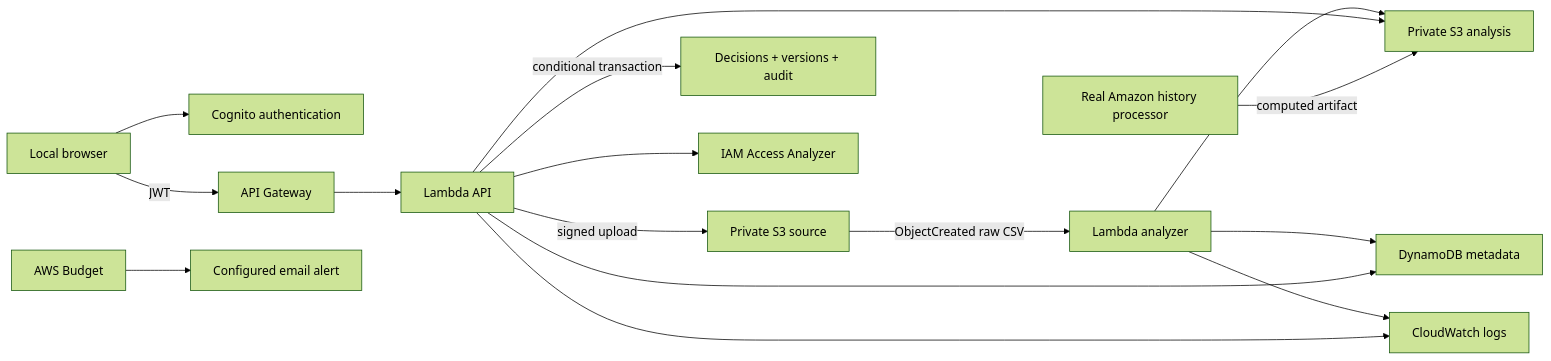
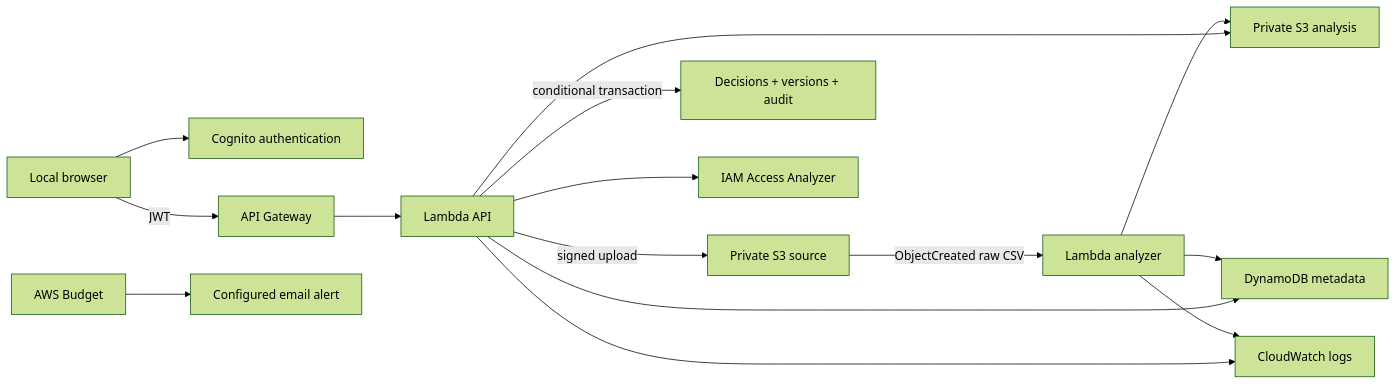
One commit to Ansh-bit948/AWS-project changed the diagram in docs/ARCHITECTURE.md. Above: the diagram before and after it, drawn with Mermaid (forest theme). The commit also changed other lines of this file and 37 other files, not shown here.

````diff
--- a/docs/ARCHITECTURE.md
+++ b/docs/ARCHITECTURE.md
@@ -3,18 +3,17 @@
 ```mermaid
 flowchart LR
   Browser[Local browser] --> Cognito[Cognito authentication]
   Browser -->|JWT| Gateway[API Gateway]
   Gateway --> API[Lambda API]
   API -->|signed upload| Raw[Private S3 source]
   Raw -->|ObjectCreated raw CSV| Worker[Lambda analyzer]
   Worker --> Artifact[Private S3 analysis]
   Worker --> Meta[DynamoDB metadata]
   API --> Meta
   API --> Artifact
   API -->|conditional transaction| Version[Decisions + versions + audit]
-  Offline[Real Amazon history processor] -->|computed artifact| Artifact
   API --> Validator[IAM Access Analyzer]
   Worker --> Logs[CloudWatch logs]
   API --> Logs
   Budget[AWS Budget] --> Alerts[Configured email alert]
 ```
````
